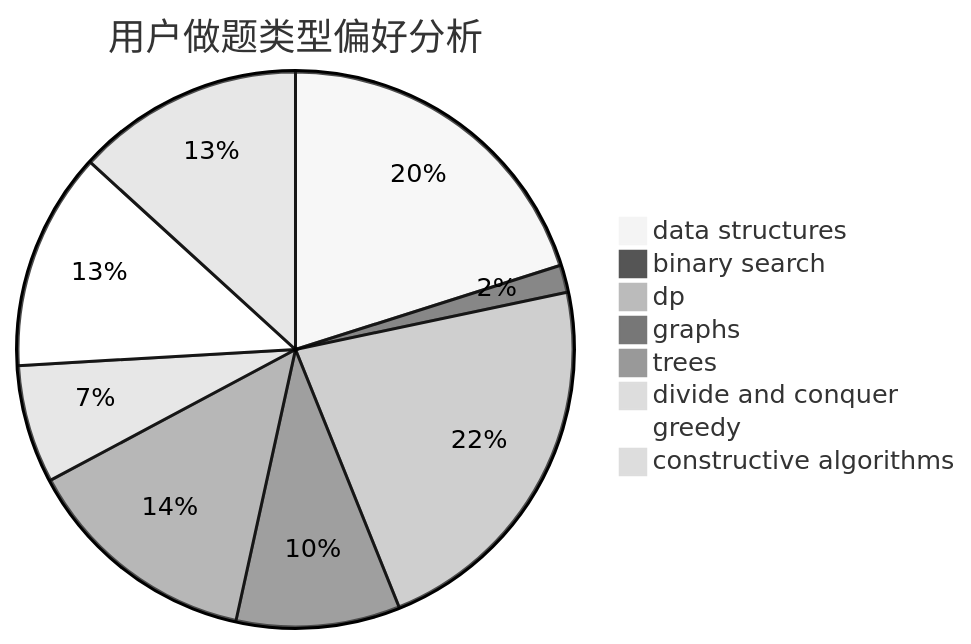
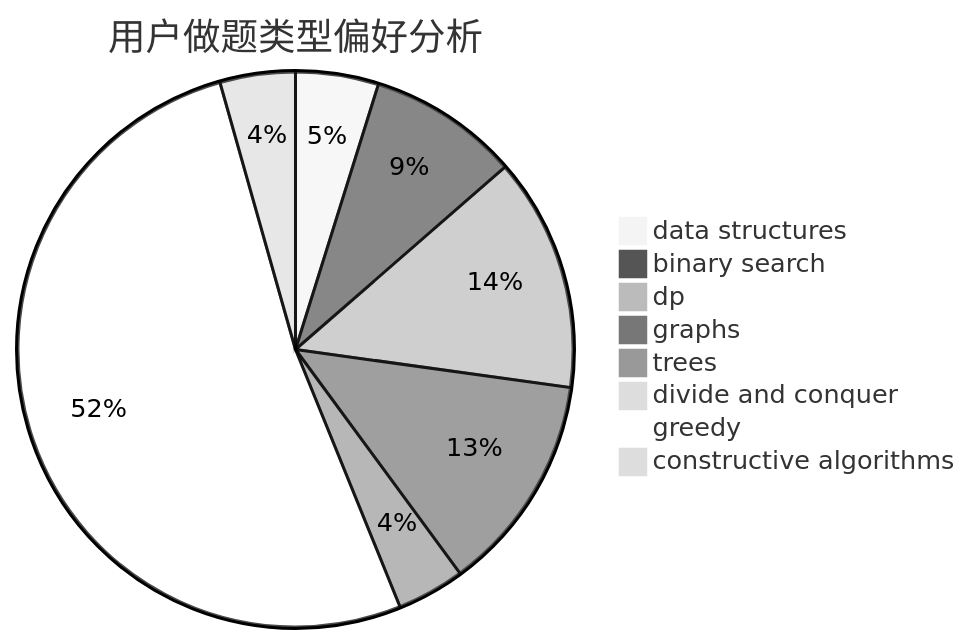
The second of 3 diagrams in docs/user/u2762.md (sherpahu/cfrs.github.io), drawn with Mermaid (neutral theme) before and after one commit. The commit also changed other lines of this file and 2770 other files, not shown here.

````diff
--- a/docs/user/u2762.md
+++ b/docs/user/u2762.md
@@ -23,11 +23,11 @@
 ```mermaid
 pie title 用户做题类型偏好分析
-    "data structures" :  38
-    "binary search" :  3
-    "dp" :  42
-    "graphs" :  18
-    "trees" :  26
-    "divide and conquer" :  13
-    "greedy" :  24
-    "constructive algorithms" :  25
+    "data structures" :  11
+    "binary search" :  20
+    "dp" :  31
+    "graphs" :  29
+    "trees" :  9
+    "divide and conquer" :  1
+    "greedy" :  118
+    "constructive algorithms" :  10
 ```
````
